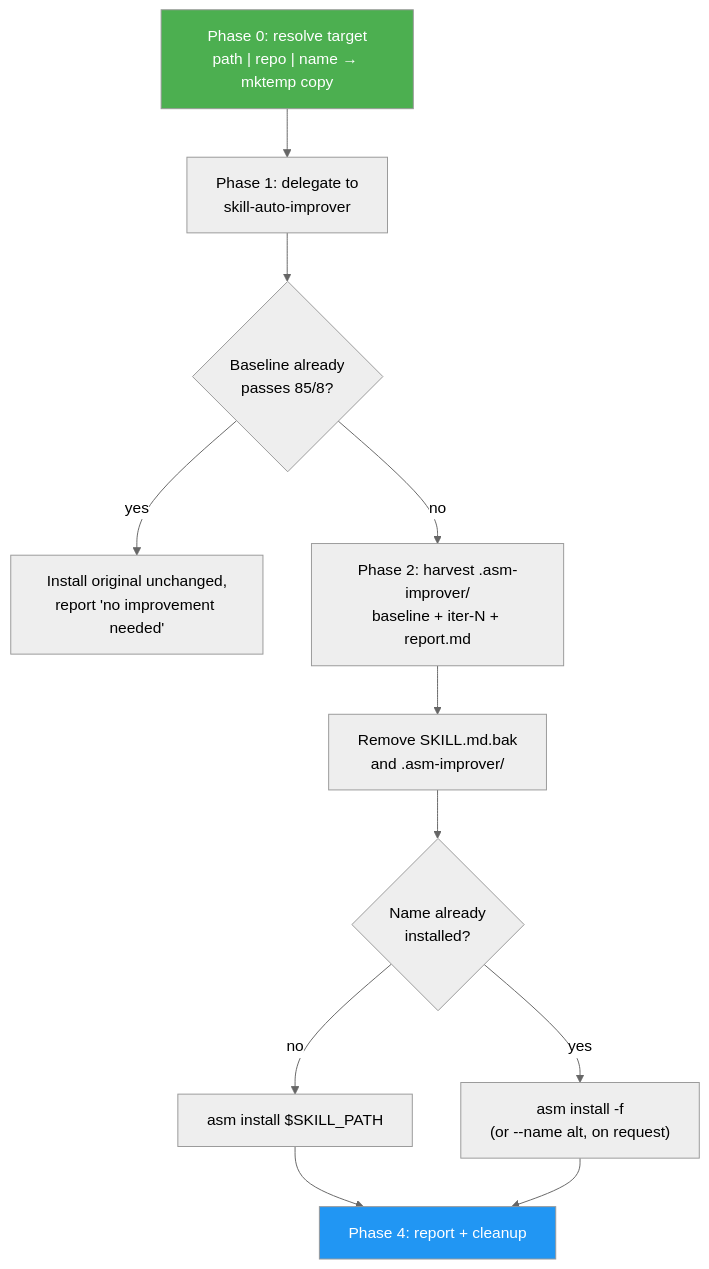
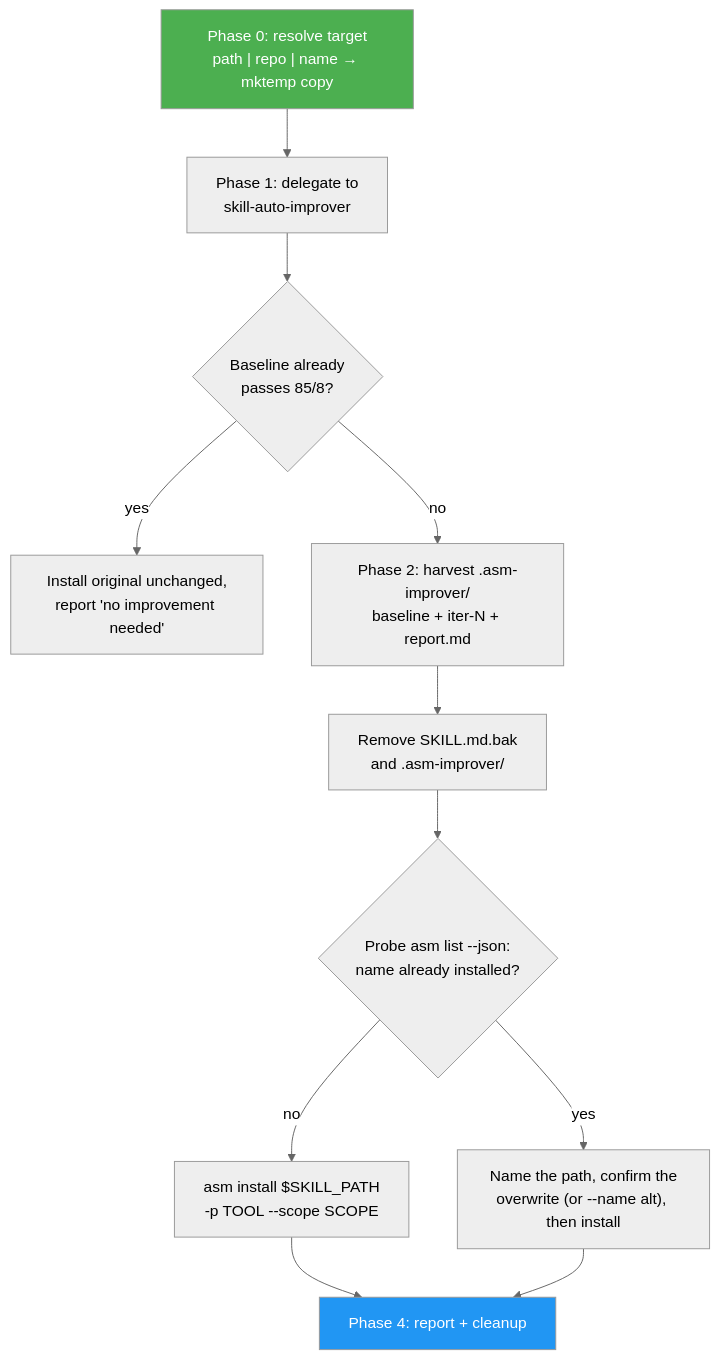
Before and after one commit to luongnv89/asm: the diagram in skills/skill-install-improved/docs/README.md, drawn with Mermaid (neutral theme). The commit also changed other lines of this file and 3 other files, not shown here.

````diff
--- a/skills/skill-install-improved/docs/README.md
+++ b/skills/skill-install-improved/docs/README.md
@@ -43,15 +43,15 @@
 ```mermaid
 graph TD
     A["Phase 0: resolve target<br/>path | repo | name → mktemp copy"] --> B["Phase 1: delegate to<br/>skill-auto-improver"]
     B --> C{"Baseline already<br/>passes 85/8?"}
     C -- yes --> D["Install original unchanged,<br/>report 'no improvement needed'"]
     C -- no --> E["Phase 2: harvest .asm-improver/<br/>baseline + iter-N + report.md"]
     E --> F["Remove SKILL.md.bak<br/>and .asm-improver/"]
-    F --> G{"Name already<br/>installed?"}
-    G -- no --> H["asm install $SKILL_PATH"]
-    G -- yes --> I["asm install -f<br/>(or --name alt, on request)"]
+    F --> G{"Probe asm list --json:<br/>name already installed?"}
+    G -- no --> H["asm install $SKILL_PATH<br/>-p TOOL --scope SCOPE"]
+    G -- yes --> I["Name the path, confirm the<br/>overwrite (or --name alt), then install"]
     H --> J["Phase 4: report + cleanup"]
     I --> J
     style A fill:#4CAF50,color:#fff
     style J fill:#2196F3,color:#fff
 ```
````
